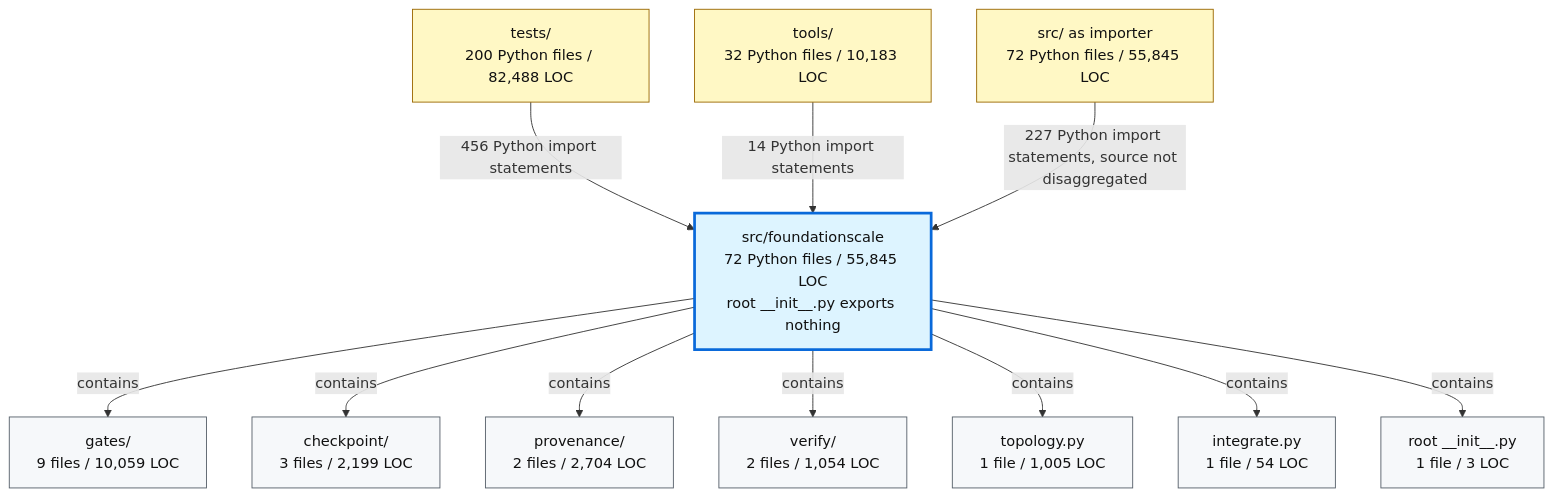
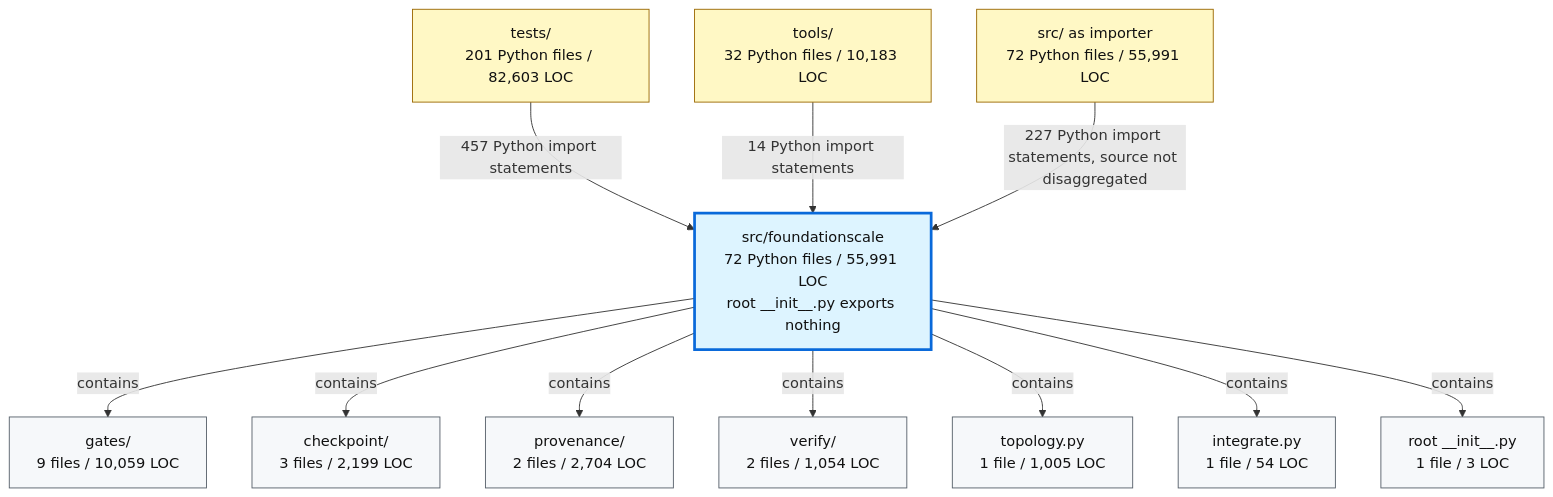
The second of 2 diagrams in docs/review/D2_current_architecture.md (TranNhiem/FoundationScale), drawn with Mermaid before and after one commit. The commit also changed other lines of this file and 12 other files, not shown here.

````diff
--- a/docs/review/D2_current_architecture.md
+++ b/docs/review/D2_current_architecture.md
@@ -97,36 +97,36 @@
 ```mermaid
 flowchart TB
-  TESTS["tests/<br/>200 Python files / 82,488 LOC"]
+  TESTS["tests/<br/>201 Python files / 82,603 LOC"]
   TOOLS["tools/<br/>32 Python files / 10,183 LOC"]
-  SRC["src/ as importer<br/>72 Python files / 55,845 LOC"]
+  SRC["src/ as importer<br/>72 Python files / 55,991 LOC"]
 
-  FS["src/foundationscale<br/>72 Python files / 55,845 LOC<br/>root __init__.py exports nothing"]
+  FS["src/foundationscale<br/>72 Python files / 55,991 LOC<br/>root __init__.py exports nothing"]
 
   GATES["gates/<br/>9 files / 10,059 LOC"]
   CKPT["checkpoint/<br/>3 files / 2,199 LOC"]
   PROV["provenance/<br/>2 files / 2,704 LOC"]
   VERIFY["verify/<br/>2 files / 1,054 LOC"]
   TOPO["topology.py<br/>1 file / 1,005 LOC"]
   INTEG["integrate.py<br/>1 file / 54 LOC"]
   ROOT["root __init__.py<br/>1 file / 3 LOC"]
 
-  TESTS -->|"456 Python import statements"| FS
+  TESTS -->|"457 Python import statements"| FS
   TOOLS -->|"14 Python import statements"| FS
   SRC -->|"227 Python import statements, source not disaggregated"| FS
 
   FS -->|"contains"| GATES
   FS -->|"contains"| CKPT
   FS -->|"contains"| PROV
   FS -->|"contains"| VERIFY
   FS -->|"contains"| TOPO
   FS -->|"contains"| INTEG
   FS -->|"contains"| ROOT
 
   classDef consumer fill:#fff8c5,stroke:#9a6700,color:#111;
   classDef package fill:#ddf4ff,stroke:#0969da,stroke-width:3px,color:#111;
   classDef module fill:#f6f8fa,stroke:#57606a,color:#111;
 
   class TESTS,TOOLS,SRC consumer;
   class FS package;
   class GATES,CKPT,PROV,VERIFY,TOPO,INTEG,ROOT module;
 ```
````
